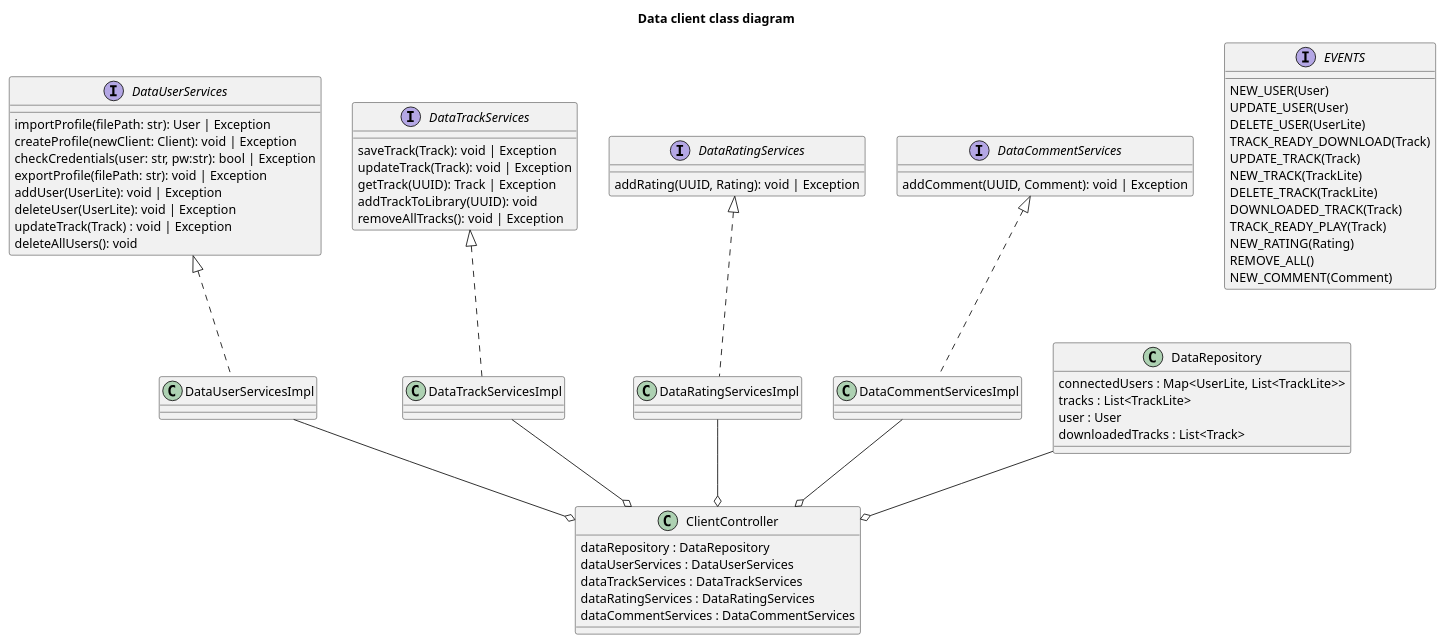
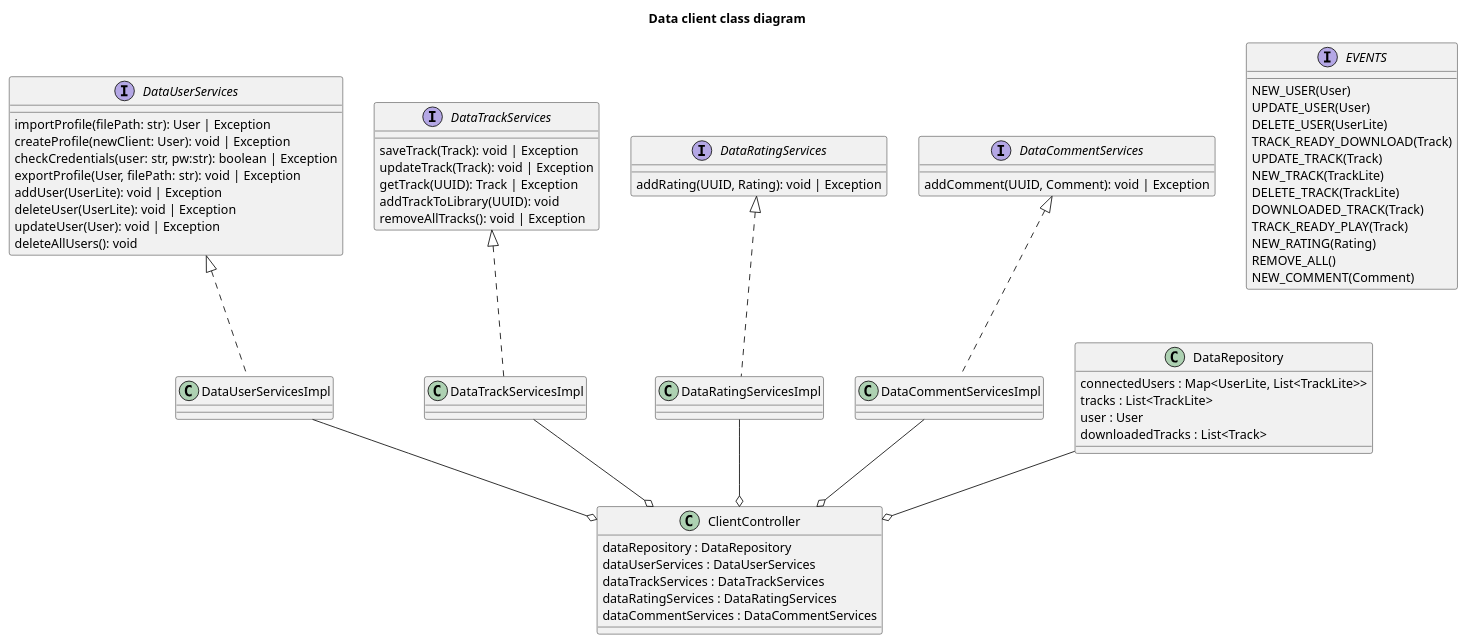
One commit to UTCAI12/Diagrams changed the diagram in class/data_client.puml. Above: the diagram before and after it, drawn with PlantUML. The commit also changed 5 other files, not shown here.

```diff
--- a/class/data_client.puml
+++ b/class/data_client.puml
@@ -1,85 +1,85 @@
 @startuml Data client class diagram
 title Data client class diagram
 
     interface DataUserServices {
         importProfile(filePath: str): User | Exception
-        createProfile(newClient: Client): void | Exception
-        checkCredentials(user: str, pw:str): bool | Exception
-        exportProfile(filePath: str): void | Exception
+        createProfile(newClient: User): void | Exception
+        checkCredentials(user: str, pw:str): boolean | Exception
+        exportProfile(User, filePath: str): void | Exception
         addUser(UserLite): void | Exception
         deleteUser(UserLite): void | Exception
-        updateTrack(Track) : void | Exception
+        updateUser(User): void | Exception
         deleteAllUsers(): void
     }
 
     interface DataTrackServices {
         saveTrack(Track): void | Exception
         updateTrack(Track): void | Exception
         getTrack(UUID): Track | Exception
         addTrackToLibrary(UUID): void
         removeAllTracks(): void | Exception
     }
 
     interface DataRatingServices {
         addRating(UUID, Rating): void | Exception
     }
 
     interface DataCommentServices {
         addComment(UUID, Comment): void | Exception
     }
 
     class DataUserServicesImpl implements DataUserServices {
 
     }
 
     class DataTrackServicesImpl implements DataTrackServices {
 
     }
 
     class DataRatingServicesImpl implements DataRatingServices {
 
     }
 
     class DataCommentServicesImpl implements DataCommentServices {
 
     }
 
 
     class ClientController {
         dataRepository : DataRepository
         dataUserServices : DataUserServices
         dataTrackServices : DataTrackServices
         dataRatingServices : DataRatingServices
         dataCommentServices : DataCommentServices
     }
 
     class DataRepository {
         connectedUsers : Map<UserLite, List<TrackLite>>
         tracks : List<TrackLite>
         user : User
         downloadedTracks : List<Track>
     }
 
     DataRepository --o ClientController
     DataUserServicesImpl --o ClientController
     DataTrackServicesImpl --o ClientController
     DataRatingServicesImpl --o ClientController
     DataCommentServicesImpl --o ClientController
 
     interface EVENTS {
         NEW_USER(User)
         UPDATE_USER(User)
         DELETE_USER(UserLite)
         TRACK_READY_DOWNLOAD(Track)
         UPDATE_TRACK(Track)
         NEW_TRACK(TrackLite)
         DELETE_TRACK(TrackLite)
         DOWNLOADED_TRACK(Track)
         TRACK_READY_PLAY(Track)
         NEW_RATING(Rating)
         REMOVE_ALL()
         NEW_COMMENT(Comment)
     }
 
 
 @enduml 
```
